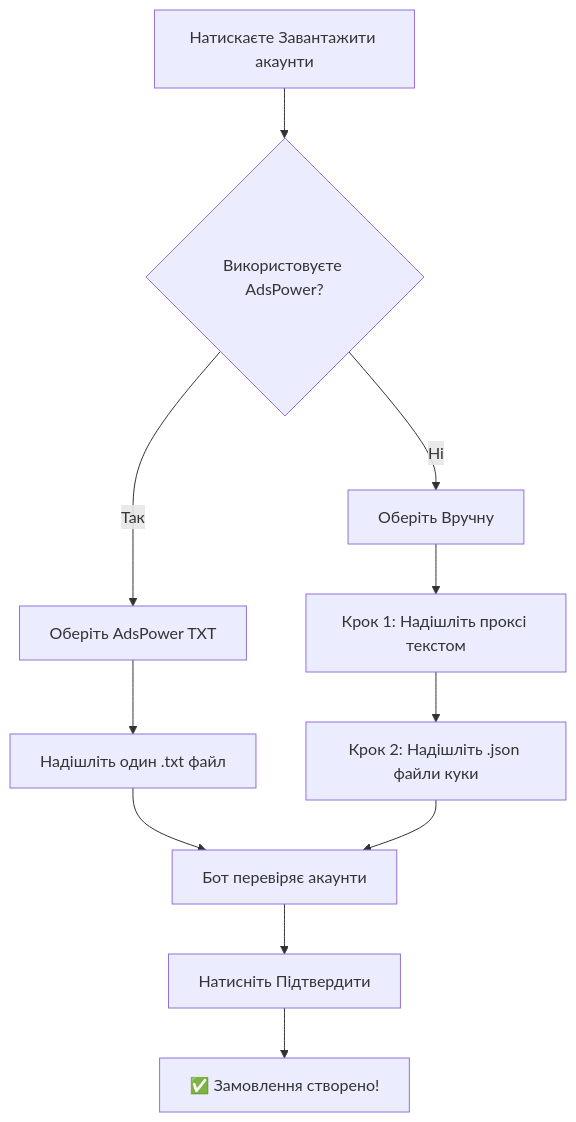
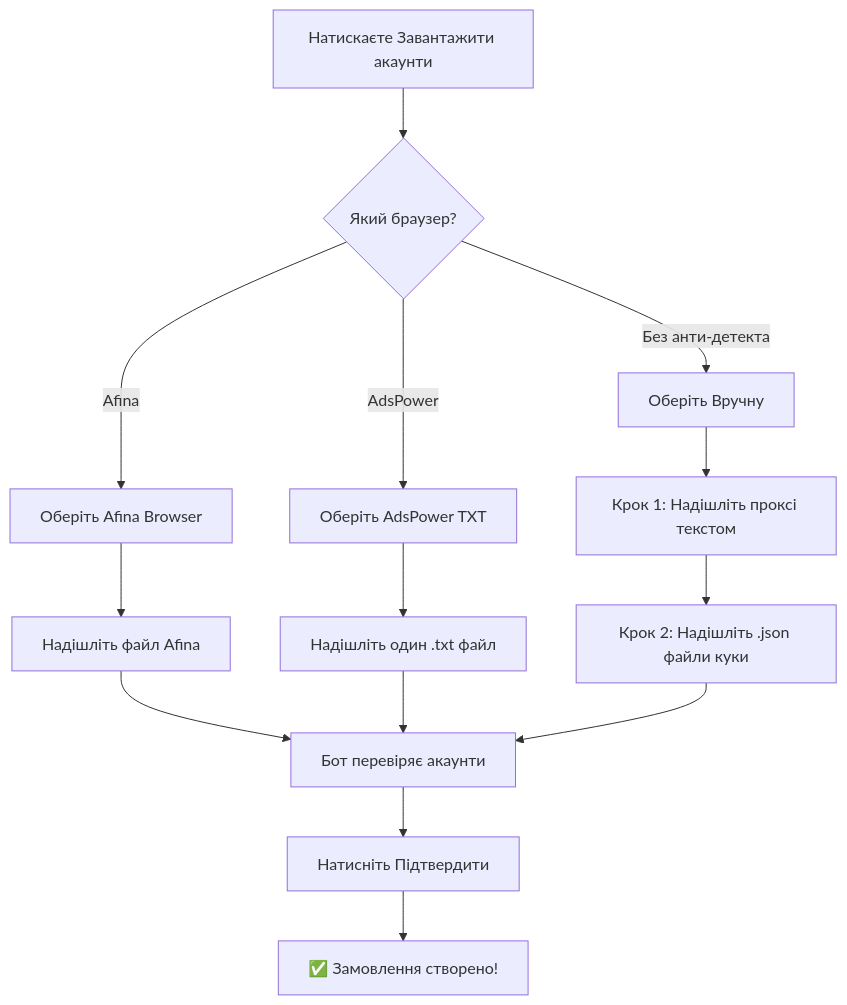
The diagram in src/content/docs/ua/kyc/nvs-faq.md (AutoPilotSoftware/docs), drawn with Mermaid before and after one commit. The commit also changed other lines of this file and 9 other files, not shown here.

````diff
--- a/src/content/docs/ua/kyc/nvs-faq.md
+++ b/src/content/docs/ua/kyc/nvs-faq.md
@@ -86,13 +103,16 @@
 ```mermaid
 flowchart TD
-    A[Натискаєте Завантажити акаунти] --> B{Використовуєте AdsPower?}
-    B -->|Так| C[Оберіть AdsPower TXT]
-    B -->|Ні| D[Оберіть Вручну]
+    A[Натискаєте Завантажити акаунти] --> B{Який браузер?}
+    B -->|Afina| C0[Оберіть Afina Browser]
+    B -->|AdsPower| C[Оберіть AdsPower TXT]
+    B -->|Без анти-детекта| D[Оберіть Вручну]
+    C0 --> E0[Надішліть файл Afina]
     C --> E[Надішліть один .txt файл]
     D --> F[Крок 1: Надішліть проксі текстом]
     F --> G[Крок 2: Надішліть .json файли куки]
-    E --> H[Бот перевіряє акаунти]
+    E0 --> H[Бот перевіряє акаунти]
+    E --> H
     G --> H
     H --> I[Натисніть Підтвердити]
     I --> J[✅ Замовлення створено!]
 ```
````
